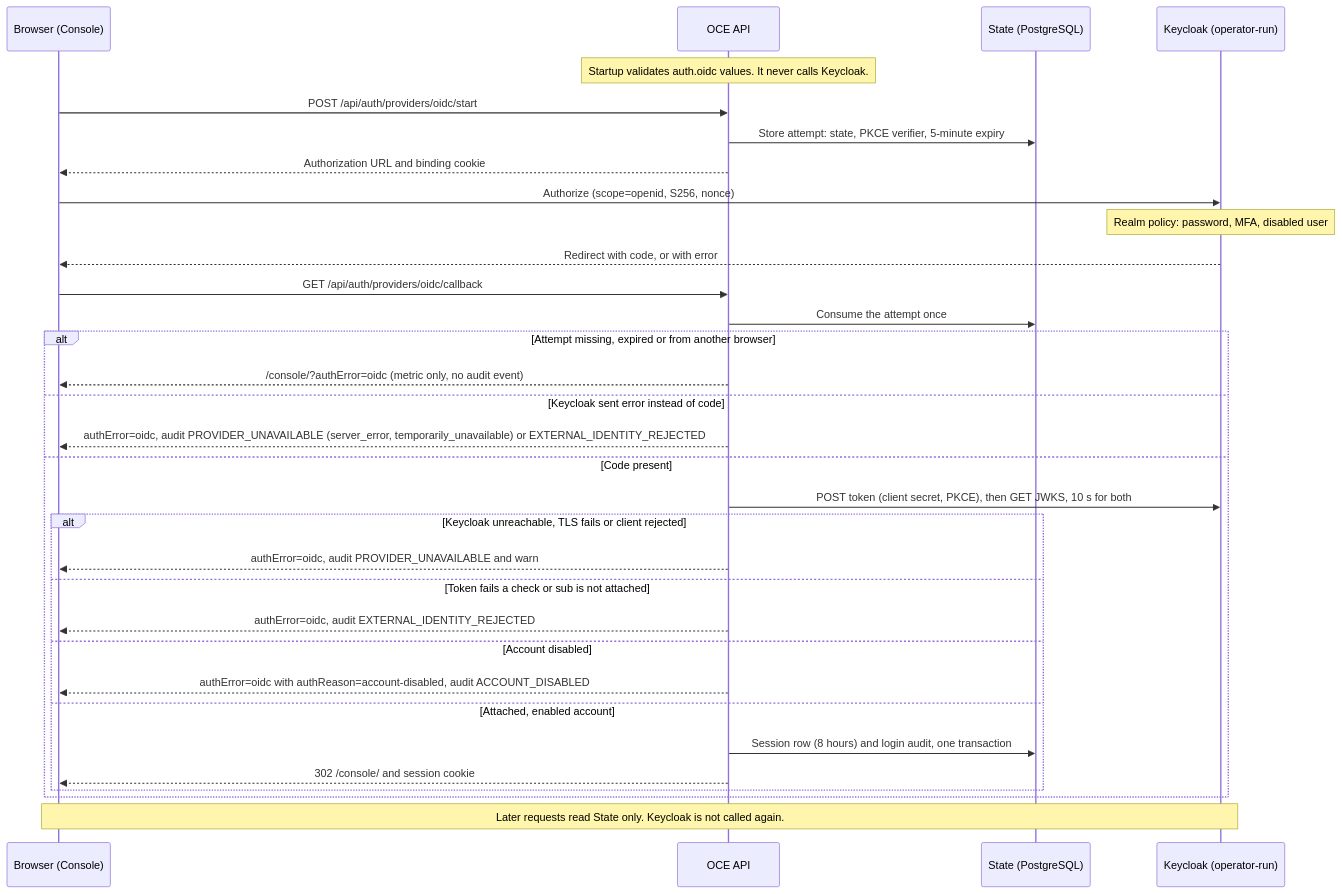
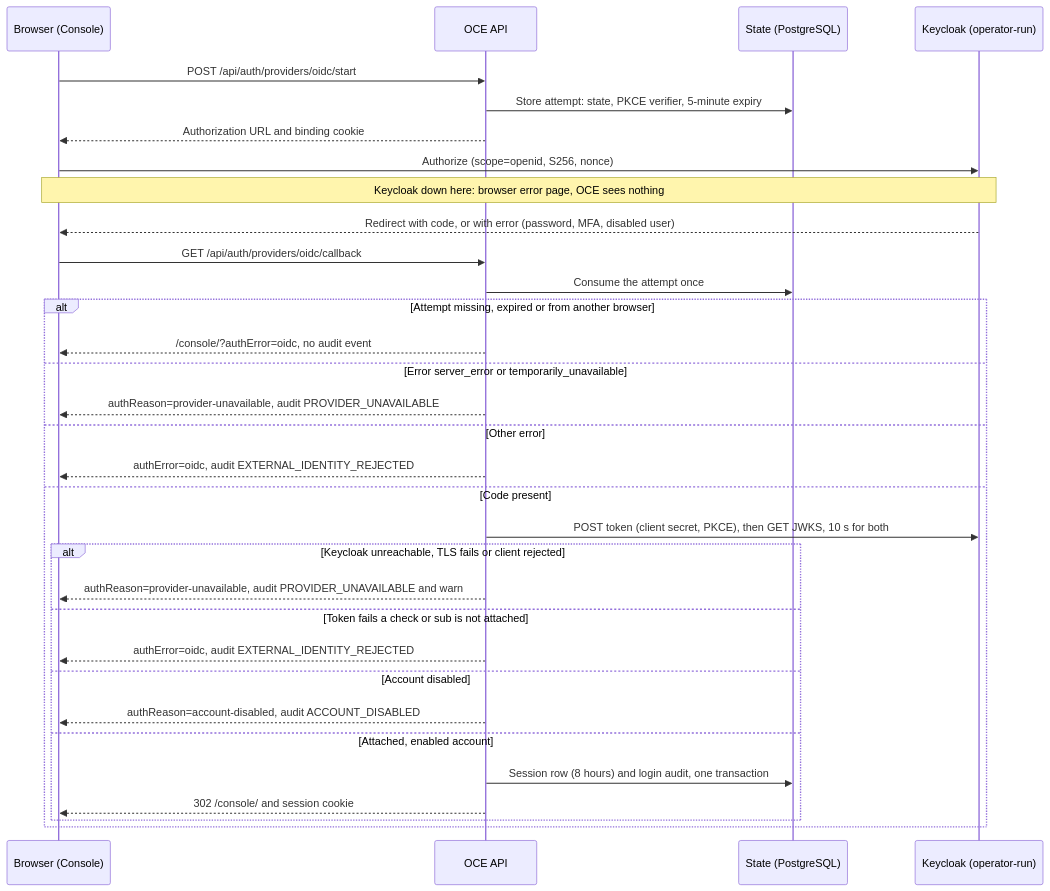
The first of 2 diagrams in specs/rfcs/0019-keycloak-oidc-verification.md (openclaw/openclaw-enterprise), drawn with Mermaid before and after one commit. The commit also changed other lines of this file and 1 other file, not shown here.

First line of the commit message:
docs(specs): bring RFC-0019 in line with main after the Keycloak work lands

````diff
--- a/specs/rfcs/0019-keycloak-oidc-verification.md
+++ b/specs/rfcs/0019-keycloak-oidc-verification.md
@@ -95,34 +89,34 @@
 ```mermaid
 sequenceDiagram
   participant B as Browser (Console)
   participant A as OCE API
   participant S as State (PostgreSQL)
   participant K as Keycloak (operator-run)
-  Note over A: Startup validates auth.oidc values. It never calls Keycloak.
   B->>A: POST /api/auth/providers/oidc/start
   A->>S: Store attempt: state, PKCE verifier, 5-minute expiry
   A-->>B: Authorization URL and binding cookie
   B->>K: Authorize (scope=openid, S256, nonce)
-  Note over K: Realm policy: password, MFA, disabled user
-  K-->>B: Redirect with code, or with error
+  Note over B,K: Keycloak down here: browser error page, OCE sees nothing
+  K-->>B: Redirect with code, or with error (password, MFA, disabled user)
   B->>A: GET /api/auth/providers/oidc/callback
   A->>S: Consume the attempt once
   alt Attempt missing, expired or from another browser
-    A-->>B: /console/?authError=oidc (metric only, no audit event)
-  else Keycloak sent error instead of code
-    A-->>B: authError=oidc, audit PROVIDER_UNAVAILABLE (server_error, temporarily_unavailable) or EXTERNAL_IDENTITY_REJECTED
+    A-->>B: /console/?authError=oidc, no audit event
+  else Error server_error or temporarily_unavailable
+    A-->>B: authReason=provider-unavailable, audit PROVIDER_UNAVAILABLE
+  else Other error
+    A-->>B: authError=oidc, audit EXTERNAL_IDENTITY_REJECTED
   else Code present
     A->>K: POST token (client secret, PKCE), then GET JWKS, 10 s for both
     alt Keycloak unreachable, TLS fails or client rejected
-      A-->>B: authError=oidc, audit PROVIDER_UNAVAILABLE and warn
+      A-->>B: authReason=provider-unavailable, audit PROVIDER_UNAVAILABLE and warn
     else Token fails a check or sub is not attached
       A-->>B: authError=oidc, audit EXTERNAL_IDENTITY_REJECTED
     else Account disabled
-      A-->>B: authError=oidc with authReason=account-disabled, audit ACCOUNT_DISABLED
+      A-->>B: authReason=account-disabled, audit ACCOUNT_DISABLED
     else Attached, enabled account
       A->>S: Session row (8 hours) and login audit, one transaction
       A-->>B: 302 /console/ and session cookie
     end
   end
-  Note over B,K: Later requests read State only. Keycloak is not called again.
 ```
````
